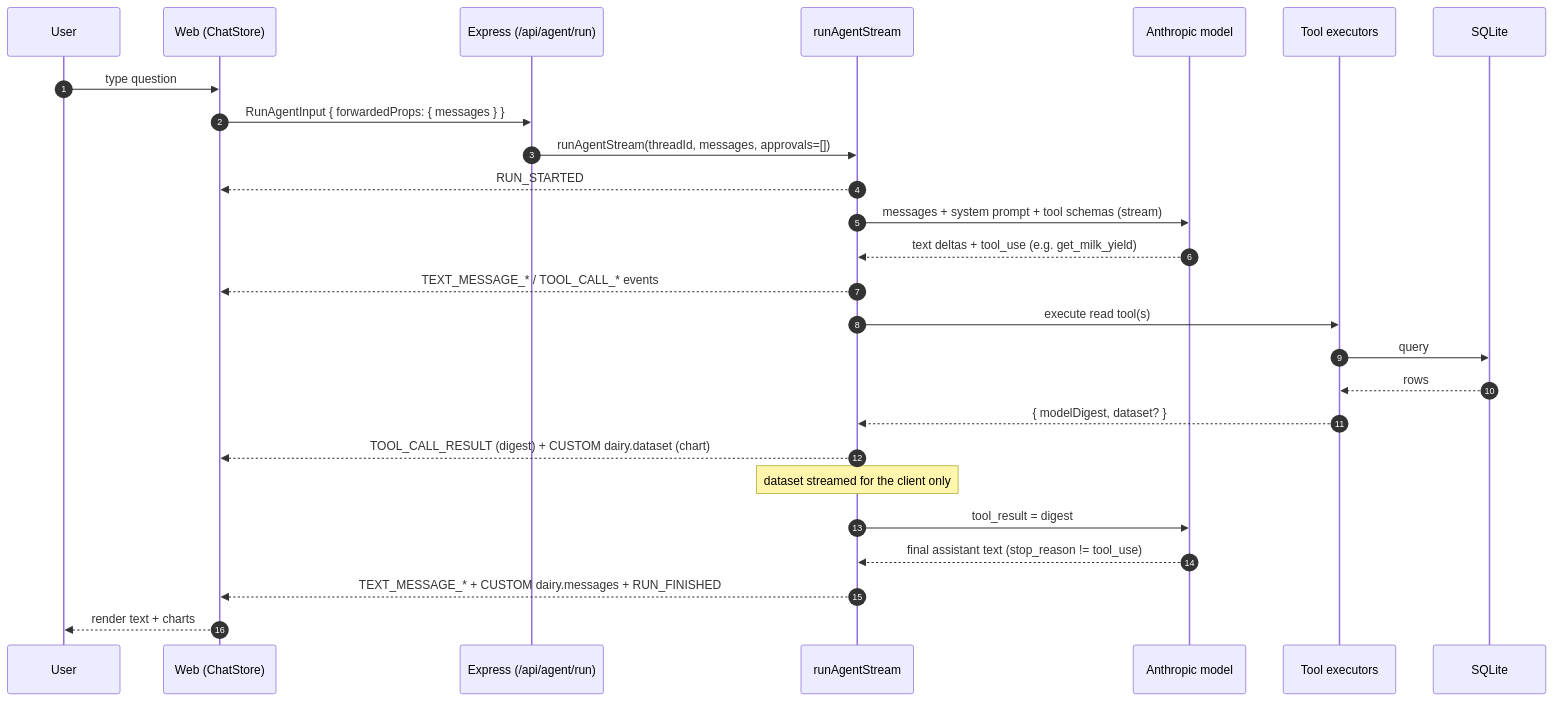
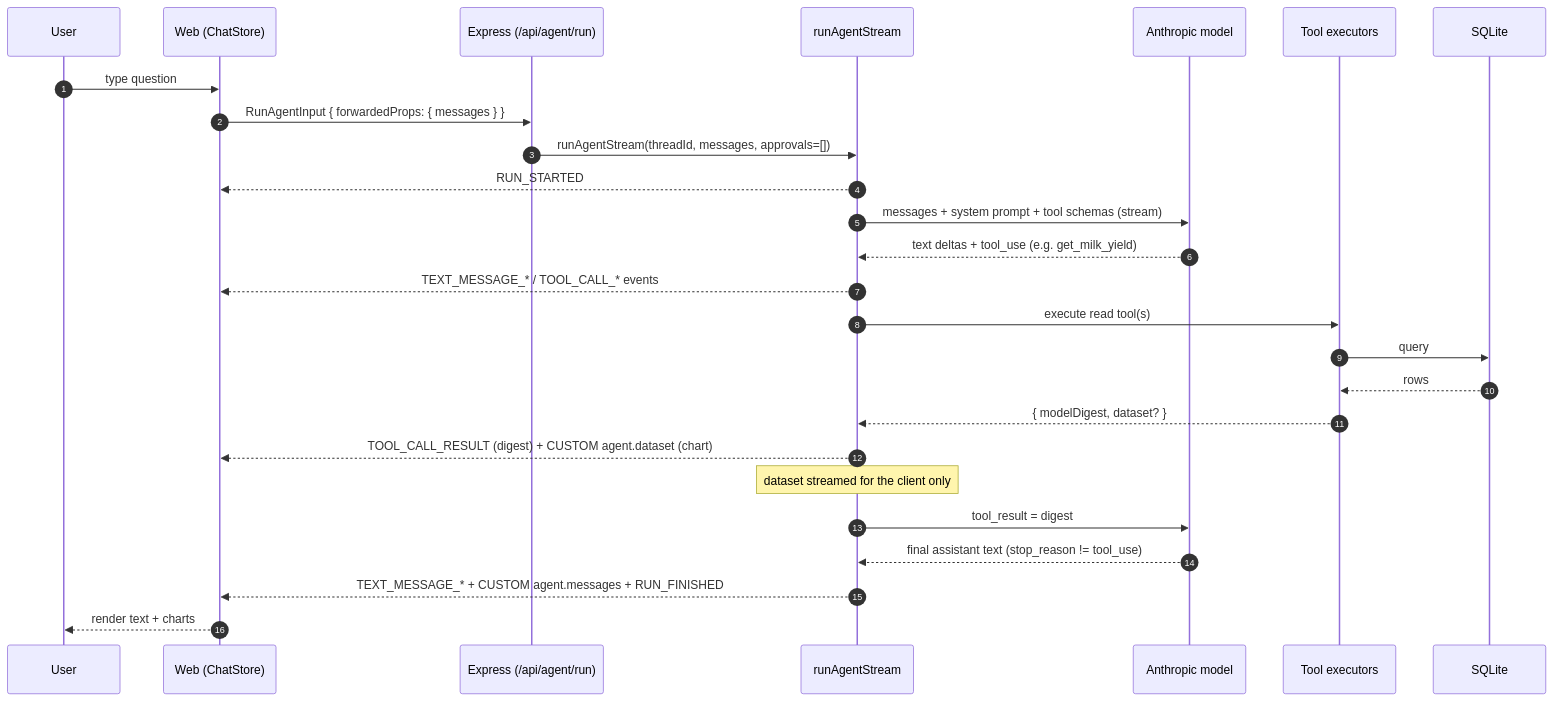
One commit to i-adnanali/dairy-agent changed the second of 7 diagrams in docs/PROJECT_OVERVIEW.md. Above: the diagram before and after it, drawn with Mermaid. The commit also changed other lines of this file and 5 other files, not shown here.

````diff
--- a/docs/PROJECT_OVERVIEW.md
+++ b/docs/PROJECT_OVERVIEW.md
@@ -93,29 +96,29 @@
 ```mermaid
 sequenceDiagram
     autonumber
     participant U as User
     participant W as Web (ChatStore)
     participant S as Express (/api/agent/run)
     participant L as runAgentStream
     participant M as Anthropic model
     participant T as Tool executors
     participant DB as SQLite
 
     U->>W: type question
     W->>S: RunAgentInput { forwardedProps: { messages } }
     S->>L: runAgentStream(threadId, messages, approvals=[])
     L-->>W: RUN_STARTED
     L->>M: messages + system prompt + tool schemas (stream)
     M-->>L: text deltas + tool_use (e.g. get_milk_yield)
     L-->>W: TEXT_MESSAGE_* / TOOL_CALL_* events
     L->>T: execute read tool(s)
     T->>DB: query
     DB-->>T: rows
     T-->>L: { modelDigest, dataset? }
-    L-->>W: TOOL_CALL_RESULT (digest) + CUSTOM dairy.dataset (chart)
+    L-->>W: TOOL_CALL_RESULT (digest) + CUSTOM agent.dataset (chart)
     Note over L: dataset streamed for the client only
     L->>M: tool_result = digest
     M-->>L: final assistant text (stop_reason != tool_use)
-    L-->>W: TEXT_MESSAGE_* + CUSTOM dairy.messages + RUN_FINISHED
+    L-->>W: TEXT_MESSAGE_* + CUSTOM agent.messages + RUN_FINISHED
     W-->>U: render text + charts
 ```
````
